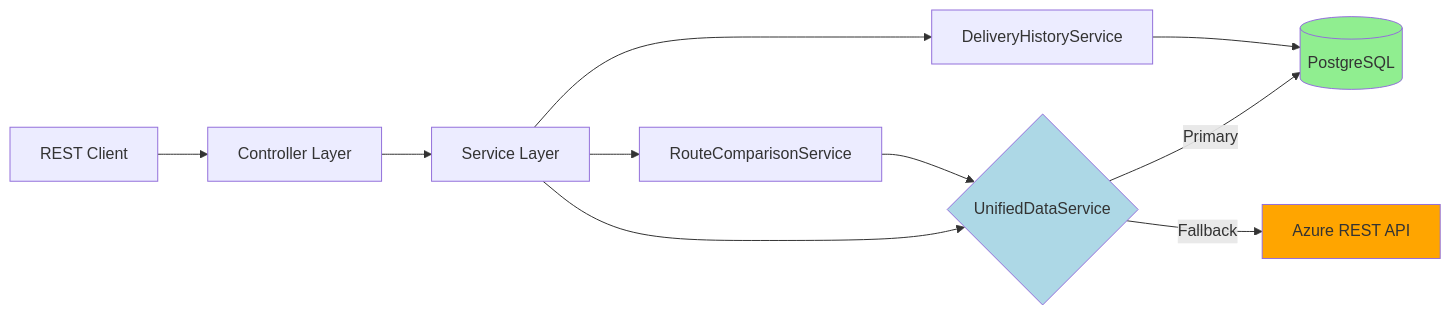
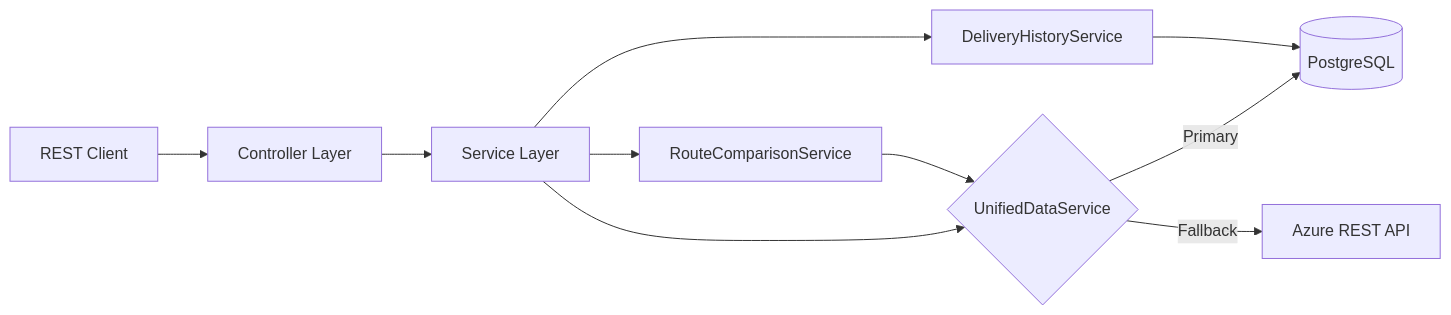
Before and after one commit to chfmath/droneDeliveryService: the first of 2 diagrams in README.md, drawn with Mermaid.

Commit message:
FIxed mermaid diagrams

````diff
--- a/README.md
+++ b/README.md
@@ -23,16 +23,12 @@
 ```mermaid
 graph LR
     A[REST Client] --> B[Controller Layer]
     B --> C[Service Layer]
     C --> D{UnifiedDataService}
     D -->|Primary| E[(PostgreSQL)]
     D -->|Fallback| F[Azure REST API]
     C --> G[RouteComparisonService]
     C --> H[DeliveryHistoryService]
     G --> D
     H --> E
-    
-    style E fill:lightgreen
-    style F fill:orange
-    style D fill:lightblue
 ```
````
